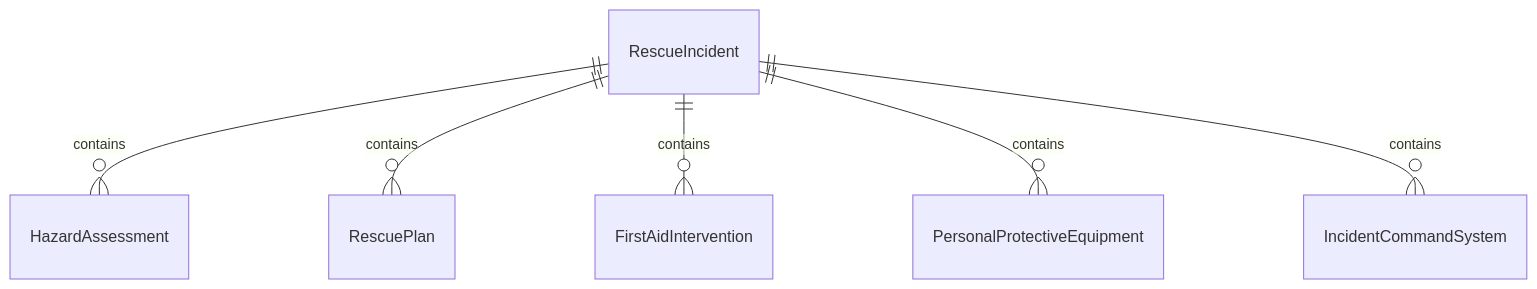
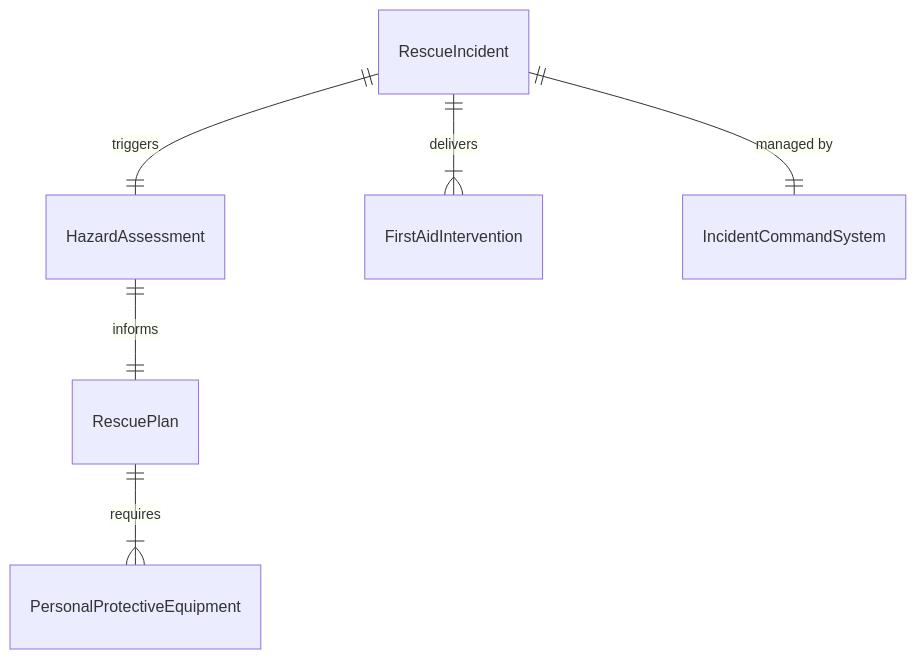
Before and after one commit to dot-org-ai/tasks.org.ai: the first of 4 diagrams in AssistingAndCaringForOthers/AdministerEmergencyMedicalTreatment/ProvideFirstAidRescueAssistance.mdx, drawn with Mermaid. The commit also changed other lines of this file and 32 other files, not shown here.

First line of the commit message:
fix: Improve ER and State diagrams in 32 AssistingAndCaringForOthers DWA files

````diff
--- a/AssistingAndCaringForOthers/AdministerEmergencyMedicalTreatment/ProvideFirstAidRescueAssistance.mdx
+++ b/AssistingAndCaringForOthers/AdministerEmergencyMedicalTreatment/ProvideFirstAidRescueAssistance.mdx
@@ -88,8 +88,8 @@
 ```mermaid
 erDiagram
-    RescueIncident ||--o{ HazardAssessment : contains
-    RescueIncident ||--o{ RescuePlan : contains
-    RescueIncident ||--o{ FirstAidIntervention : contains
-    RescueIncident ||--o{ PersonalProtectiveEquipment : contains
-    RescueIncident ||--o{ IncidentCommandSystem : contains
+    RescueIncident ||--|| HazardAssessment : triggers
+    HazardAssessment ||--|| RescuePlan : informs
+    RescuePlan ||--|{ PersonalProtectiveEquipment : requires
+    RescueIncident ||--|{ FirstAidIntervention : delivers
+    RescueIncident ||--|| IncidentCommandSystem : "managed by"
 ```
````
